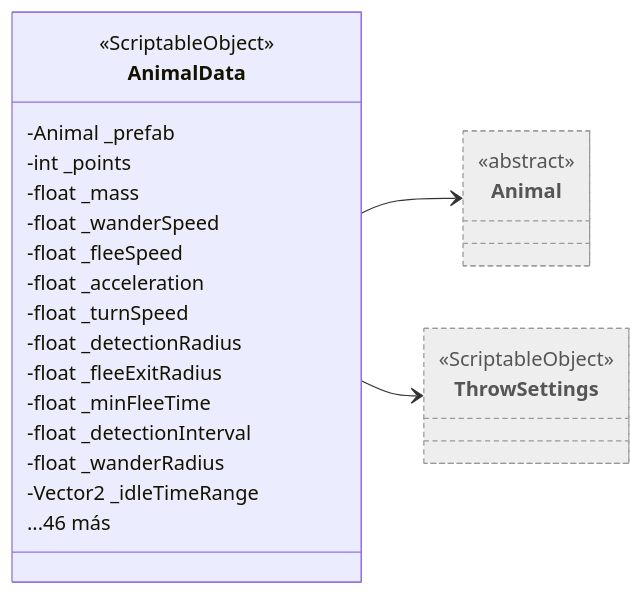
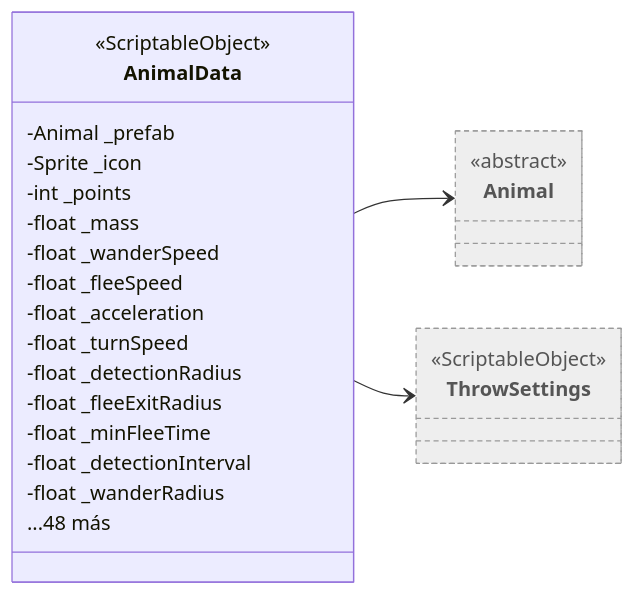
The diagram in Docs/Arquitectura/Clases/Data/AnimalData.md (Chacashi/Alien-Farms), drawn with Mermaid before and after one commit. The commit also changed other lines of this file and 257 other files, not shown here.

````diff
--- a/Docs/Arquitectura/Clases/Data/AnimalData.md
+++ b/Docs/Arquitectura/Clases/Data/AnimalData.md
@@ -21,28 +21,28 @@
 ```mermaid
 classDiagram
   direction LR
   class AnimalData {
     <<ScriptableObject>>
     -Animal _prefab
+    -Sprite _icon
     -int _points
     -float _mass
     -float _wanderSpeed
     -float _fleeSpeed
     -float _acceleration
     -float _turnSpeed
     -float _detectionRadius
     -float _fleeExitRadius
     -float _minFleeTime
     -float _detectionInterval
     -float _wanderRadius
-    -Vector2 _idleTimeRange
-    ...46 más
+    ...48 más
   }
   class Animal:::external
   <<abstract>> Animal
   class ThrowSettings:::external
   <<ScriptableObject>> ThrowSettings
   AnimalData --> Animal
   AnimalData --> ThrowSettings
   classDef external fill:#eee,stroke:#999,stroke-dasharray: 4 3,color:#555
 ```
````
